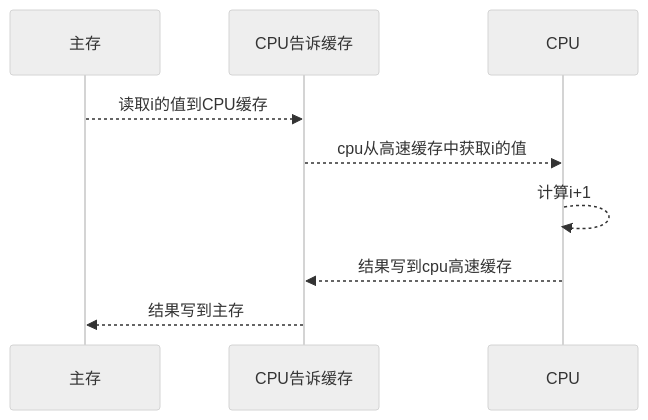
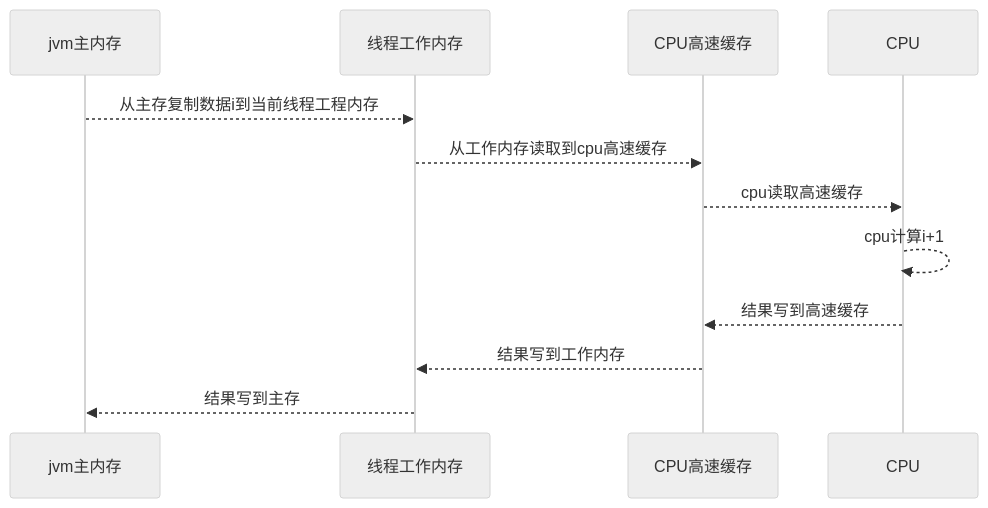
One commit to yu47251/knowledge changed the diagram in MULTITHREAD/MultiThread.md. Above: the diagram before and after it, drawn with Mermaid (neutral theme). The commit also changed other lines of this file, not shown here.

````diff
--- a/MULTITHREAD/MultiThread.md
+++ b/MULTITHREAD/MultiThread.md
@@ -127,12 +140,15 @@
 ```mermaid
 sequenceDiagram
-participant a as 主存
-participant b as CPU告诉缓存
-participant c as CPU
+participant a as jvm主内存
+participant b as 线程工作内存
+participant c as CPU高速缓存
+participant d as CPU
 
-a-->>b:读取i的值到CPU缓存
-b-->>c:cpu从高速缓存中获取i的值
-c-->>c:计算i+1
-c-->>b:结果写到cpu高速缓存
+a-->>b:从主存复制数据i到当前线程工程内存
+b-->>c:从工作内存读取到cpu高速缓存
+c-->>d:cpu读取高速缓存
+d-->>d:cpu计算i+1
+d-->>c:结果写到高速缓存
+c-->>b:结果写到工作内存
 b-->>a:结果写到主存
 ```
````
